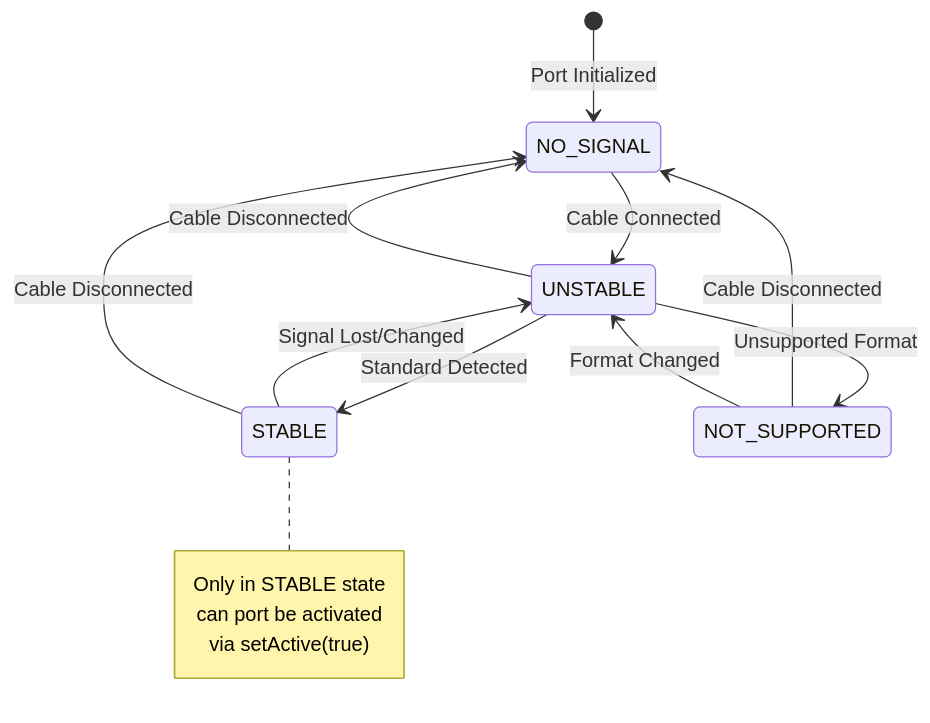
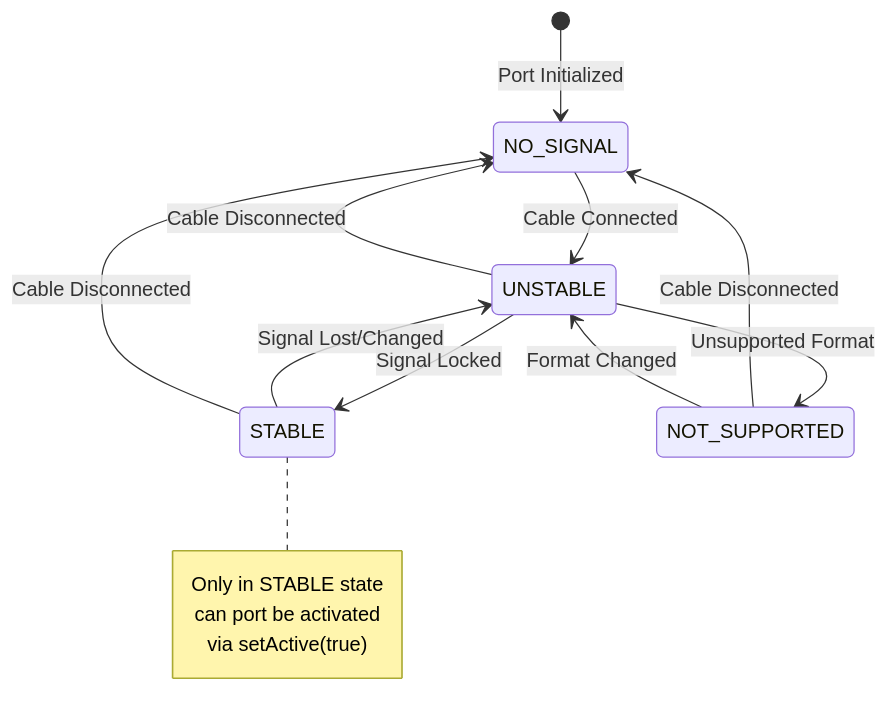
One commit to rdkcentral/rdk-halif-aidl changed the fourth of 4 diagrams in docs/halif/composite_input/current/composite_input.md. Above: the diagram before and after it, drawn with Mermaid. The commit also changed other lines of this file and 6 other files, not shown here.

````diff
--- a/docs/halif/composite_input/current/composite_input.md
+++ b/docs/halif/composite_input/current/composite_input.md
@@ -424,18 +388,18 @@
 ```mermaid
 stateDiagram-v2
     [*] --> NO_SIGNAL: Port Initialized
     NO_SIGNAL --> UNSTABLE: Cable Connected
-    UNSTABLE --> STABLE: Standard Detected
+    UNSTABLE --> STABLE: Signal Locked
     UNSTABLE --> NOT_SUPPORTED: Unsupported Format
     UNSTABLE --> NO_SIGNAL: Cable Disconnected
     STABLE --> UNSTABLE: Signal Lost/Changed
     STABLE --> NO_SIGNAL: Cable Disconnected
     NOT_SUPPORTED --> NO_SIGNAL: Cable Disconnected
     NOT_SUPPORTED --> UNSTABLE: Format Changed
 
     note right of STABLE
         Only in STABLE state
         can port be activated
         via setActive(true)
     end note
 ```
````
